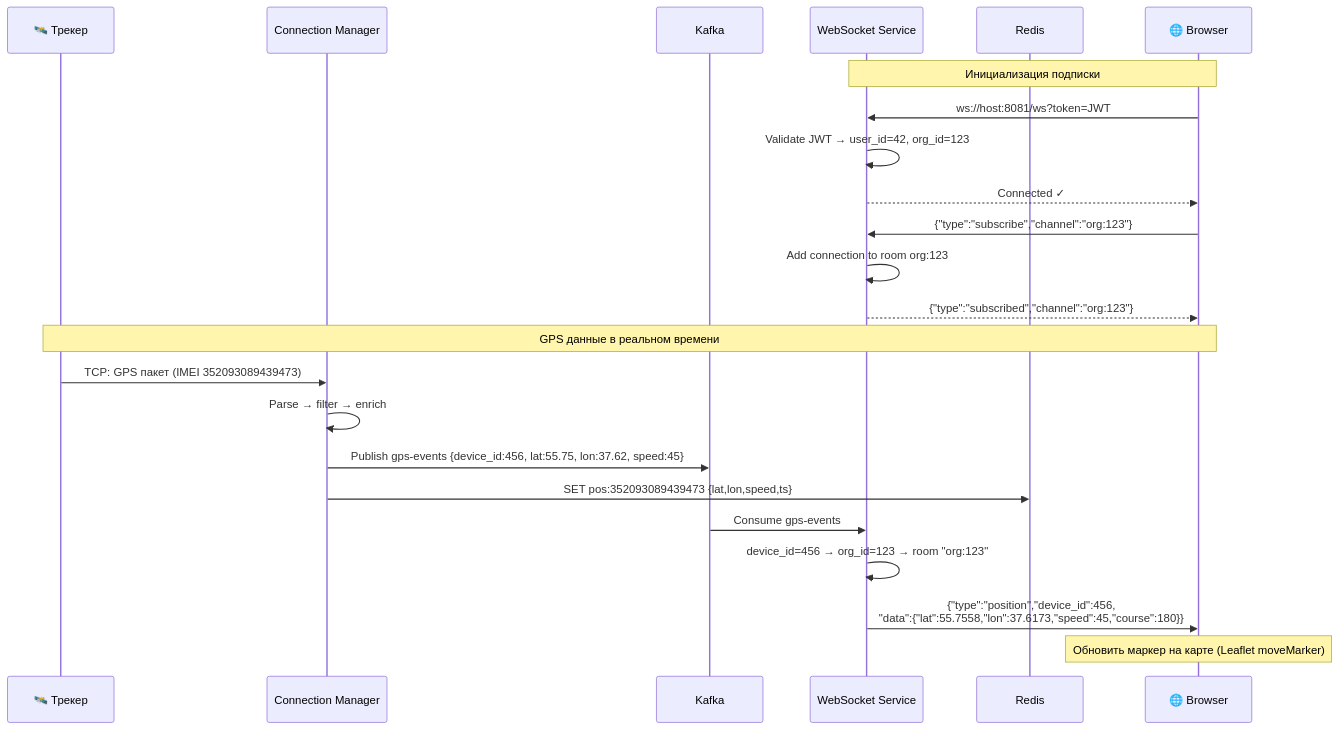
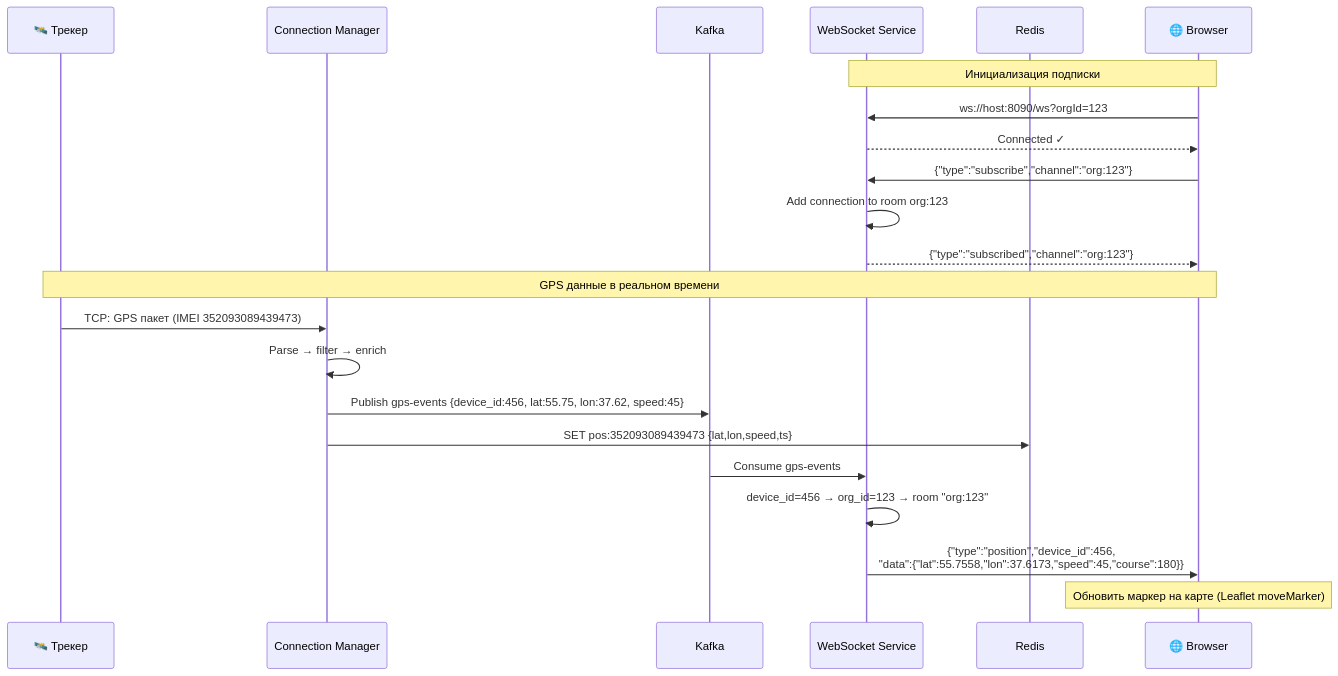
Before and after one commit to revarewerd/wayrecall-tracker-system: diagram 12 of 18 in docs/blocks/ARCHITECTURE_BLOCK3.md, drawn with Mermaid. The commit also changed other lines of this file and 36 other files, not shown here.

````diff
--- a/docs/blocks/ARCHITECTURE_BLOCK3.md
+++ b/docs/blocks/ARCHITECTURE_BLOCK3.md
@@ -655,33 +653,32 @@
 ```mermaid
 sequenceDiagram
     participant T as 🛰️ Трекер
     participant CM as Connection Manager
     participant K as Kafka
     participant WS as WebSocket Service
     participant R as Redis
     participant B as 🌐 Browser
 
     Note over B,WS: Инициализация подписки
 
-    B->>WS: ws://host:8081/ws?token=JWT
-    WS->>WS: Validate JWT → user_id=42, org_id=123
+    B->>WS: ws://host:8090/ws?orgId=123
     WS-->>B: Connected ✓
 
     B->>WS: {"type":"subscribe","channel":"org:123"}
     WS->>WS: Add connection to room org:123
     WS-->>B: {"type":"subscribed","channel":"org:123"}
 
     Note over T,B: GPS данные в реальном времени
 
     T->>CM: TCP: GPS пакет (IMEI 352093089439473)
     CM->>CM: Parse → filter → enrich
     CM->>K: Publish gps-events {device_id:456, lat:55.75, lon:37.62, speed:45}
     CM->>R: SET pos:352093089439473 {lat,lon,speed,ts}
 
     K->>WS: Consume gps-events
     WS->>WS: device_id=456 → org_id=123 → room "org:123"
 
     WS->>B: {"type":"position","device_id":456,<br/>"data":{"lat":55.7558,"lon":37.6173,"speed":45,"course":180}}
 
     Note over B: Обновить маркер на карте (Leaflet moveMarker)
 ```
````
